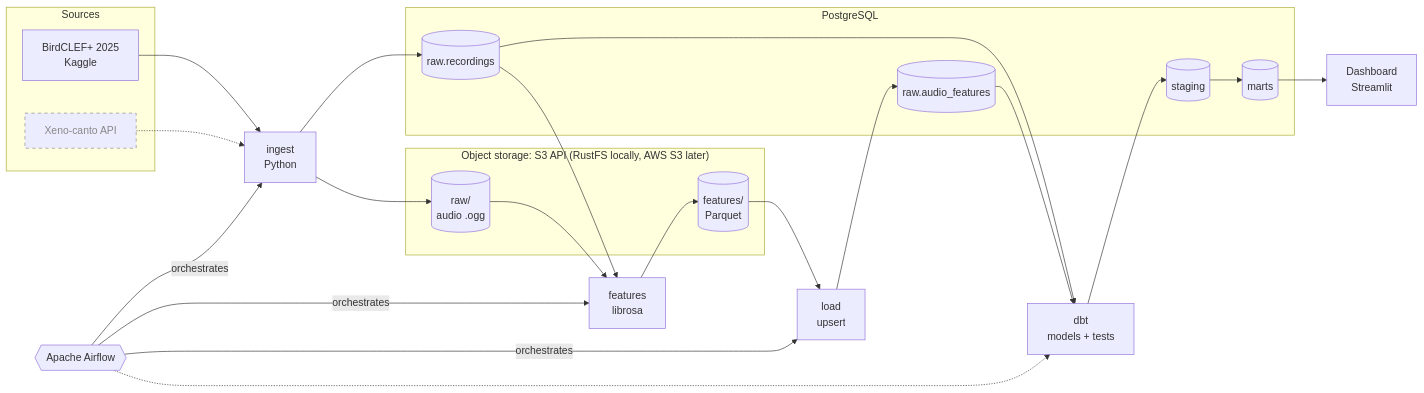
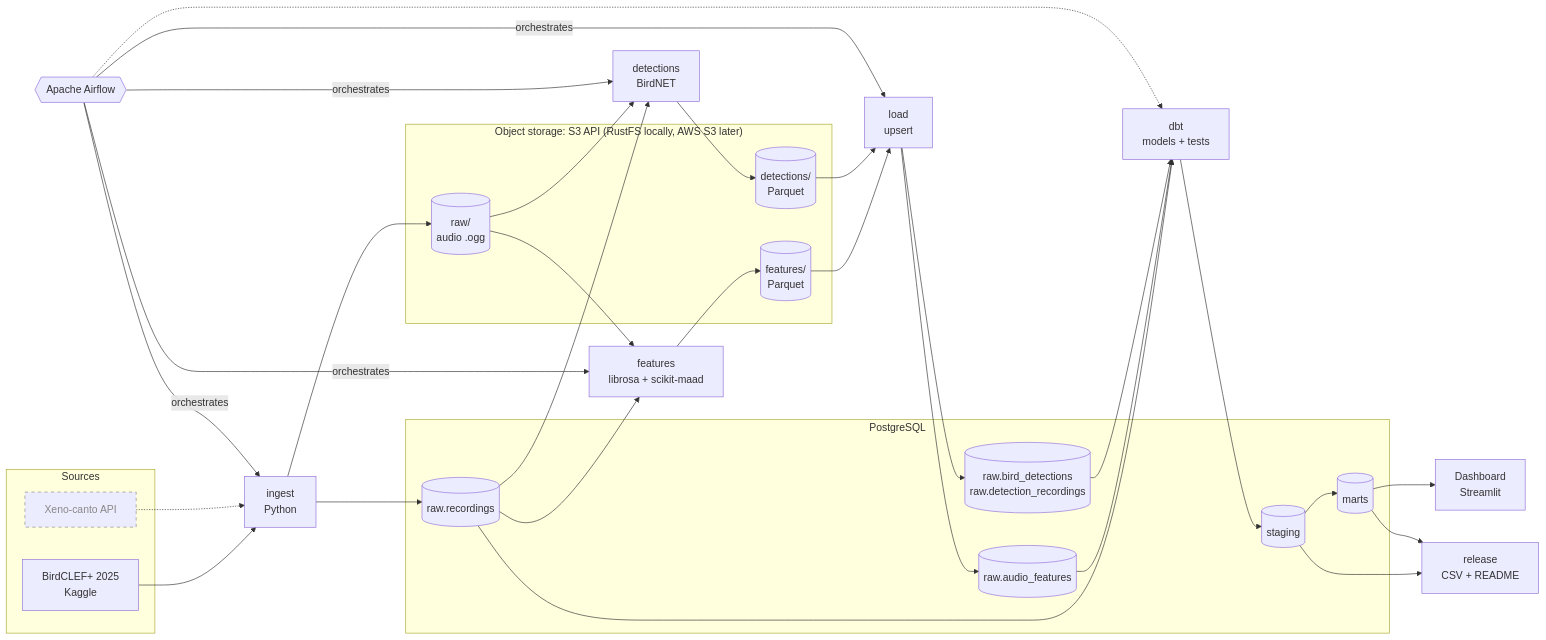
One commit to Dres3223/soundscape-data-pipeline changed the diagram in README.md. Above: the diagram before and after it, drawn with Mermaid. The commit also changed other lines of this file, not shown here.

````diff
--- a/README.md
+++ b/README.md
@@ -11,40 +15,46 @@
 ```mermaid
 flowchart LR
     subgraph sources["Sources"]
         kaggle["BirdCLEF+ 2025<br/>Kaggle"]
         xenocanto["Xeno-canto API"]:::planned
     end
 
     subgraph s3["Object storage: S3 API (RustFS locally, AWS S3 later)"]
         raw[("raw/<br/>audio .ogg")]
-        parquet[("features/<br/>Parquet")]
+        featparquet[("features/<br/>Parquet")]
+        detparquet[("detections/<br/>Parquet")]
     end
 
     subgraph pg["PostgreSQL"]
         recordings[("raw.recordings")]
         audiofeatures[("raw.audio_features")]
+        birddetections[("raw.bird_detections<br/>raw.detection_recordings")]
         staging[("staging")]
         marts[("marts")]
     end
 
     ingest["ingest<br/>Python"]
-    features["features<br/>librosa"]
+    features["features<br/>librosa + scikit-maad"]
+    detections["detections<br/>BirdNET"]
     load["load<br/>upsert"]
     dbt["dbt<br/>models + tests"]
     dashboard["Dashboard<br/>Streamlit"]
+    release["release<br/>CSV + README"]
     airflow{{"Apache Airflow"}}
 
     kaggle --> ingest
     xenocanto -.-> ingest
-    ingest --> raw
-    ingest --> recordings
-    raw --> features --> parquet
-    recordings --> features
-    parquet --> load --> audiofeatures
-    recordings & audiofeatures --> dbt
+    ingest --> raw & recordings
+    raw & recordings --> features & detections
+    features --> featparquet
+    detections --> detparquet
+    featparquet & detparquet --> load
+    load --> audiofeatures & birddetections
+    recordings & audiofeatures & birddetections --> dbt
     dbt --> staging --> marts --> dashboard
-    airflow -- orchestrates --> ingest & features & load
+    staging & marts --> release
+    airflow -- orchestrates --> ingest & features & detections & load
     airflow -.-> dbt
 
     classDef planned stroke-dasharray: 5 5, color:#888, stroke:#888
 ```
````
